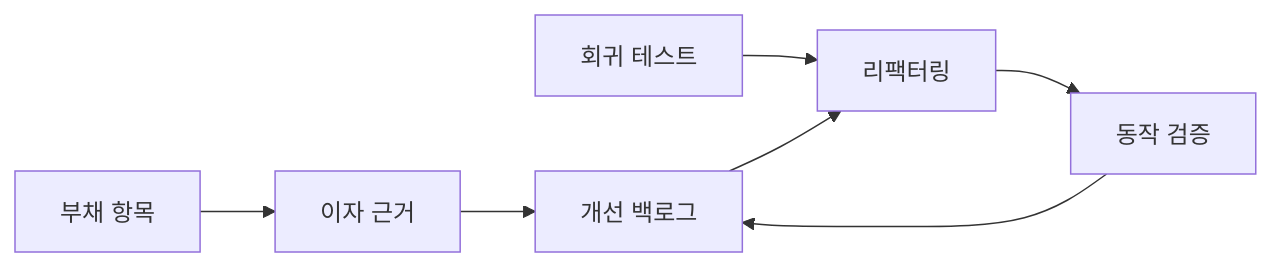
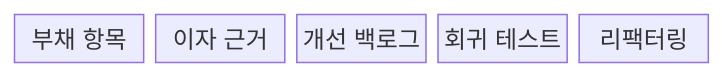
The first of 2 diagrams in src/content/docs/notes/03-software/065_refactoring_technical_debt.md (agnusdei1207/knowledge-base), drawn with Mermaid before and after one commit. The commit also changed other lines of this file and 20 other files, not shown here.

````diff
--- a/src/content/docs/notes/03-software/065_refactoring_technical_debt.md
+++ b/src/content/docs/notes/03-software/065_refactoring_technical_debt.md
@@ -55,9 +53,9 @@
 ```mermaid
-flowchart LR
-    D[부채 항목] --> I[이자 근거]
-    I --> B[개선 백로그]
-    T[회귀 테스트] --> R[리팩터링]
-    B --> R
-    R --> V[동작 검증]
-    V --> B
+block
+  columns 5
+  D["부채 항목"]
+  I["이자 근거"]
+  B["개선 백로그"]
+  T["회귀 테스트"]
+  R["리팩터링"]
 ```
````
